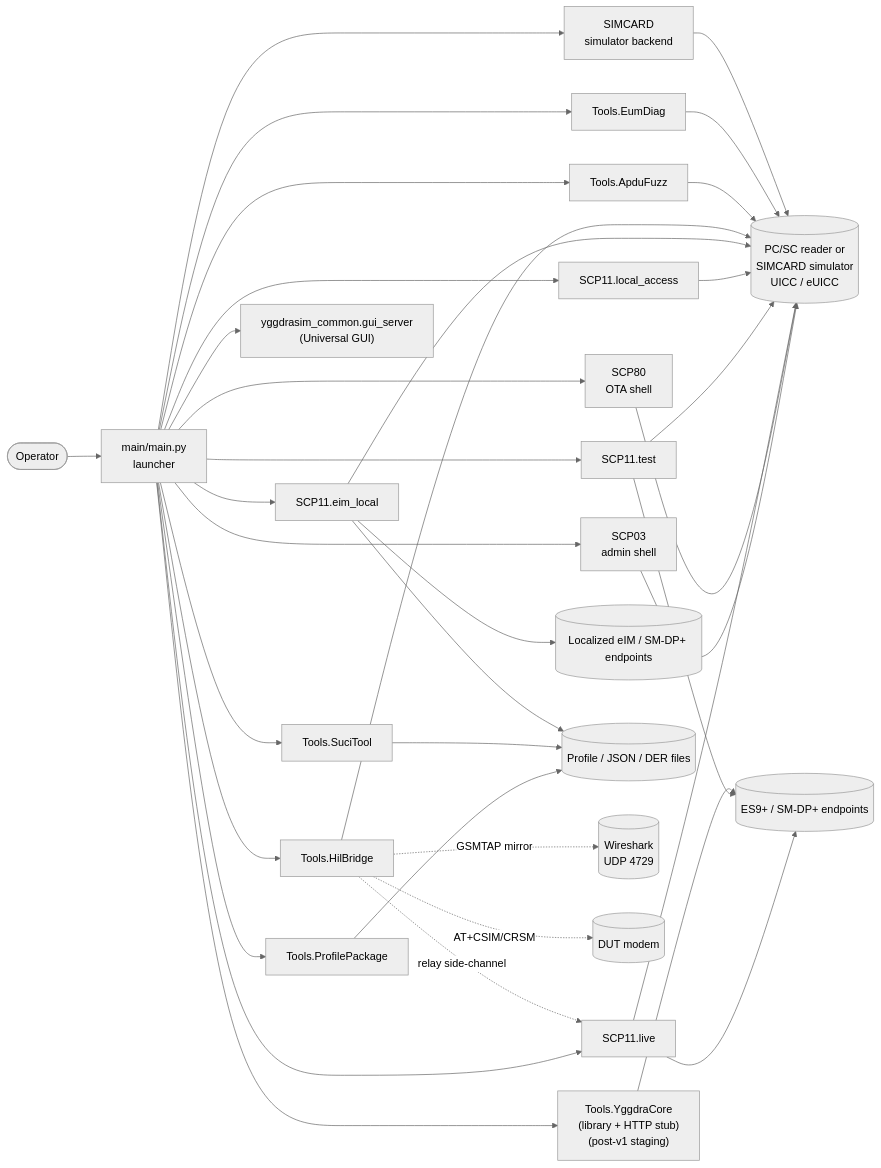
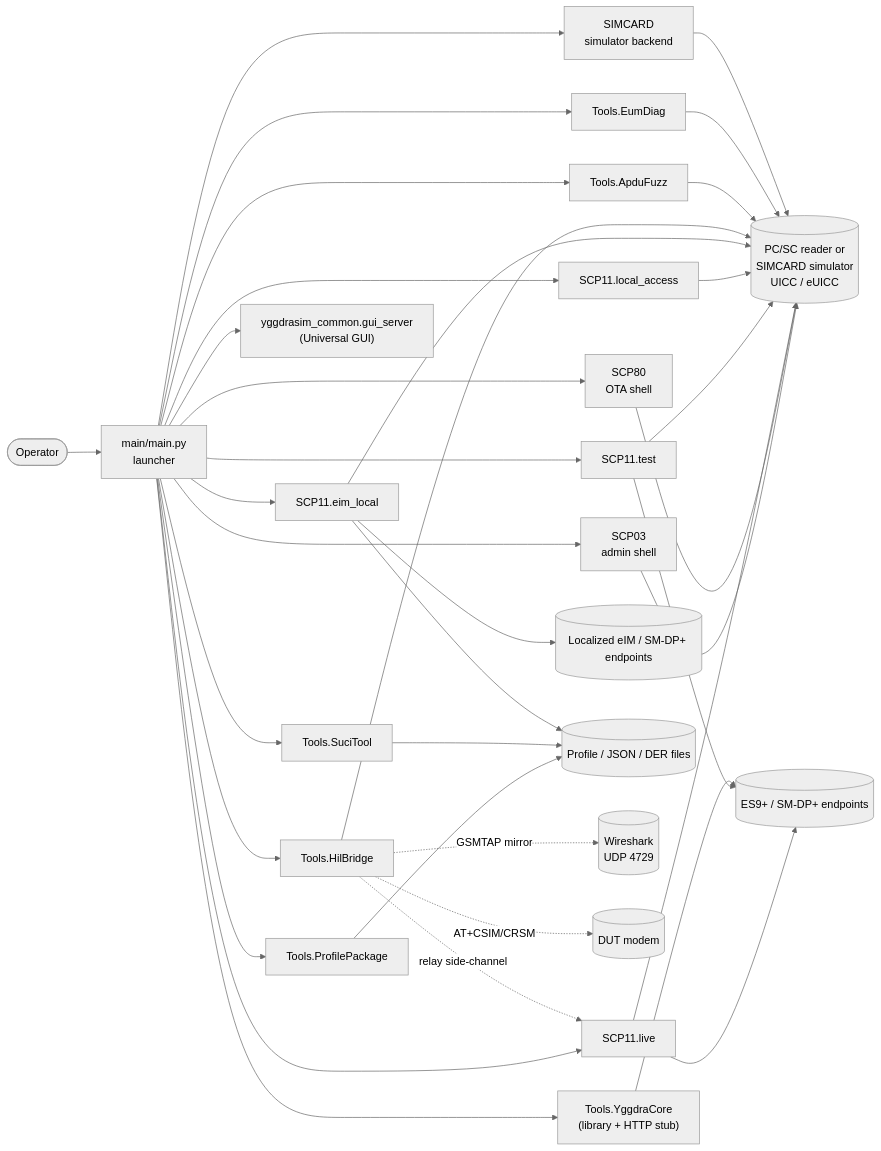
The first of 14 diagrams in site-docs/architecture.md (1oT/YggdraSIM), drawn with Mermaid (neutral theme) before and after one commit. The commit also changed other lines of this file and 965 other files, not shown here.

````diff
--- a/site-docs/architecture.md
+++ b/site-docs/architecture.md
@@ -42,43 +41,43 @@
 ```mermaid
 flowchart LR
     Operator(["Operator"]) --> Launcher["main/main.py<br/>launcher"]
 
     Launcher --> SCP03["SCP03<br/>admin shell"]
     Launcher --> SCP80["SCP80<br/>OTA shell"]
     Launcher --> Live["SCP11.live"]
     Launcher --> Test["SCP11.test"]
     Launcher --> Local["SCP11.local_access"]
     Launcher --> EimLocal["SCP11.eim_local"]
     Launcher --> ProfileTool["Tools.ProfilePackage"]
     Launcher --> HilBridge["Tools.HilBridge"]
     Launcher --> Suci["Tools.SuciTool"]
     Launcher --> ApduFuzz["Tools.ApduFuzz"]
     Launcher --> EumDiag["Tools.EumDiag"]
-    Launcher --> YggdraCore["Tools.YggdraCore<br/>(library + HTTP stub)<br/>(post-v1 staging)"]
+    Launcher --> YggdraCore["Tools.YggdraCore<br/>(library + HTTP stub)"]
     Launcher --> Simulator["SIMCARD<br/>simulator backend"]
     Launcher --> GuiServer["yggdrasim_common.gui_server<br/>(Universal GUI)"]
 
     SCP03 --> Card[("PC/SC reader or<br/>SIMCARD simulator<br/>UICC / eUICC")]
     SCP80 --> Card
     Live --> Card
     Test --> Card
     Local --> Card
     EimLocal --> Card
     HilBridge --> Card
     ApduFuzz --> Card
     EumDiag --> Card
     Simulator --> Card
 
     Live --> Network[("ES9+ / SM-DP+ endpoints")]
     Test --> Network
     EimLocal --> LocalServices[("Localized eIM / SM-DP+ endpoints")]
     YggdraCore --> Network
 
     ProfileTool --> Files[("Profile / JSON / DER files")]
     Suci --> Files
     EimLocal --> Files
 
     HilBridge -. GSMTAP mirror .-> Wireshark[("Wireshark<br/>UDP 4729")]
     HilBridge -. relay side-channel .-> Live
     HilBridge -. AT+CSIM/CRSM .-> Modem[("DUT modem")]
 ```
````
